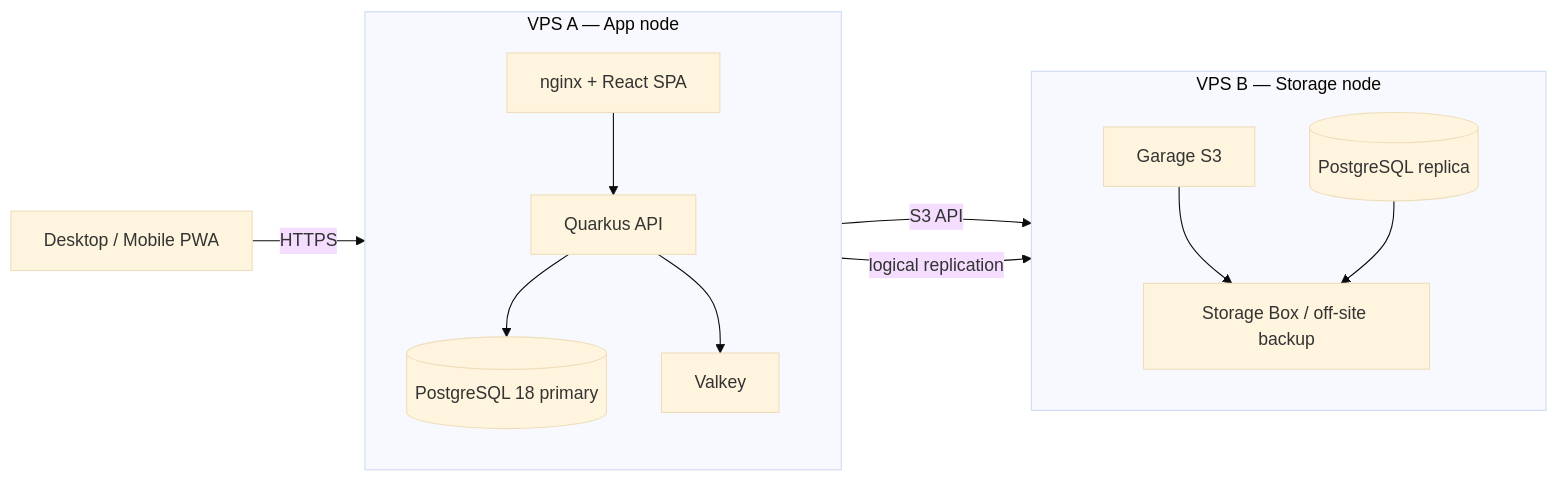
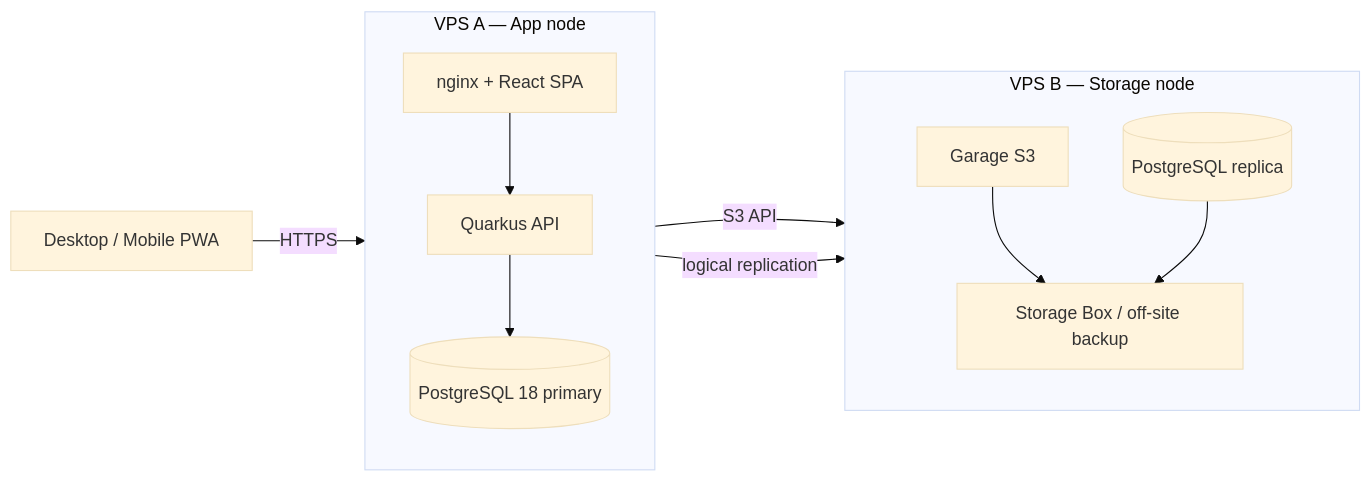
One commit to Voxel07/inventory changed the diagram in docs/DEPLOYMENT_STEP1.md. Above: the diagram before and after it, drawn with Mermaid (base theme). The commit also changed other lines of this file and 191 other files, not shown here.

````diff
--- a/docs/DEPLOYMENT_STEP1.md
+++ b/docs/DEPLOYMENT_STEP1.md
@@ -14,21 +14,19 @@
 ```mermaid
 flowchart LR
     Client[Desktop / Mobile PWA] -->|HTTPS| A[VPS A — App node]
     subgraph A[VPS A — App node]
         FE[nginx + React SPA]
         API[Quarkus API]
         PG[(PostgreSQL 18 primary)]
-        VK[Valkey]
         FE --> API --> PG
-        API --> VK
     end
     A -->|S3 API| B[VPS B — Storage node]
     A -->|logical replication| B
     subgraph B[VPS B — Storage node]
         G[Garage S3]
         RP[(PostgreSQL replica)]
         BOX[Storage Box / off-site backup]
         G --> BOX
         RP --> BOX
     end
 ```
````
